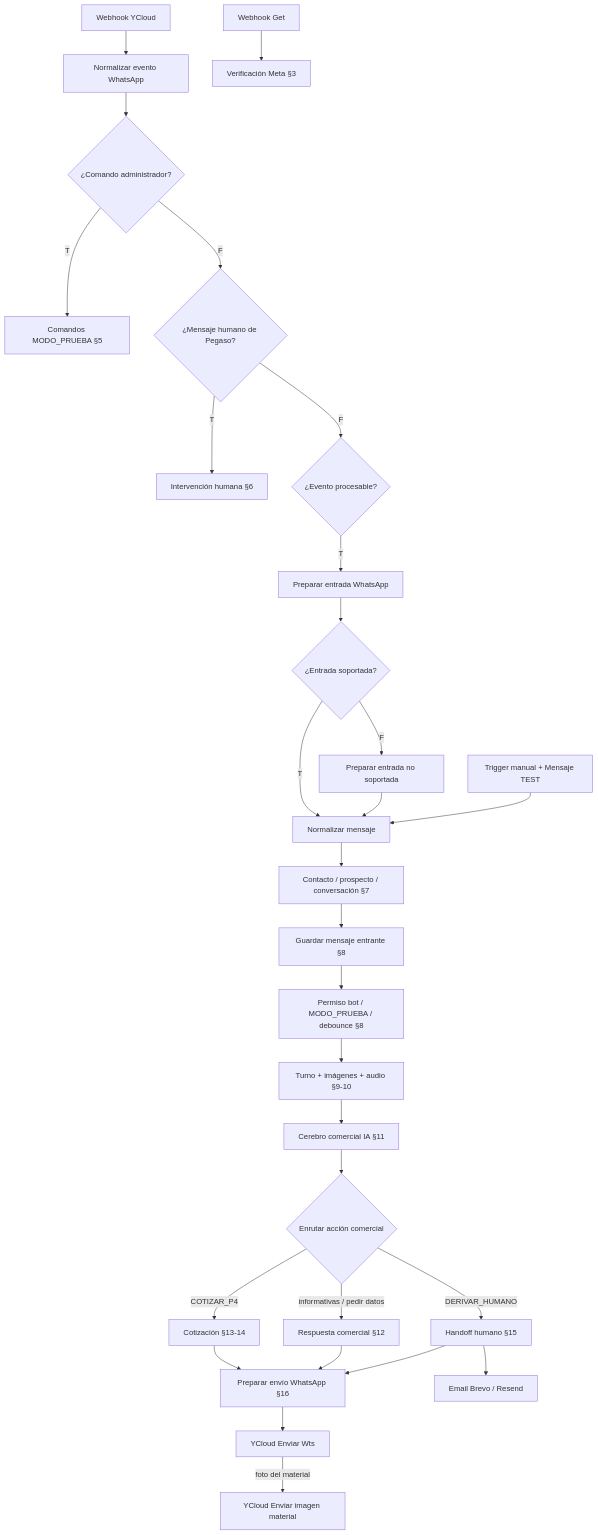
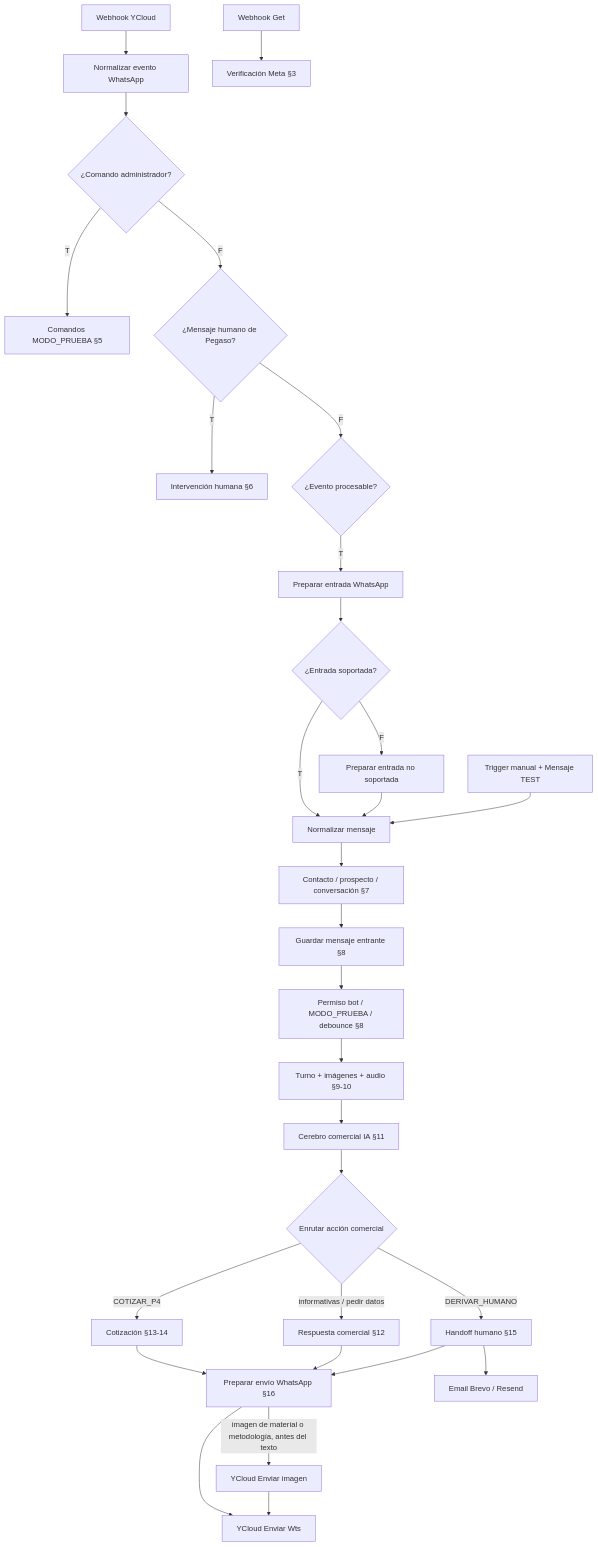
One commit to Theborycuas/pegaso-n8n changed the first of 15 diagrams in docs/FLUJO-WORKFLOW-PEGASO.md. Above: the diagram before and after it, drawn with Mermaid. The commit also changed other lines of this file and 8 other files, not shown here.

````diff
--- a/docs/FLUJO-WORKFLOW-PEGASO.md
+++ b/docs/FLUJO-WORKFLOW-PEGASO.md
@@ -50,30 +50,30 @@
 ```mermaid
 flowchart TD
     YC[Webhook YCloud] --> NEV[Normalizar evento WhatsApp]
     NEV --> CMD{¿Comando administrador?}
     CMD -->|T| ADM[Comandos MODO_PRUEBA §5]
     CMD -->|F| HUM{¿Mensaje humano de Pegaso?}
     HUM -->|T| INT[Intervención humana §6]
     HUM -->|F| PROC{¿Evento procesable?}
     PROC -->|T| ENT[Preparar entrada WhatsApp]
     ENT --> SOP{¿Entrada soportada?}
     SOP -->|T| NM[Normalizar mensaje]
     SOP -->|F| NS[Preparar entrada no soportada] --> NM
     TEST[Trigger manual + Mensaje TEST] --> NM
     NM --> CPC[Contacto / prospecto / conversación §7]
     CPC --> GME[Guardar mensaje entrante §8]
     GME --> PERM[Permiso bot / MODO_PRUEBA / debounce §8]
     PERM --> TURNO[Turno + imágenes + audio §9-10]
     TURNO --> CER[Cerebro comercial IA §11]
     CER --> SW{Enrutar acción comercial}
     SW -->|COTIZAR_P4| COT[Cotización §13-14]
     SW -->|informativas / pedir datos| RESP[Respuesta comercial §12]
     SW -->|DERIVAR_HUMANO| HO[Handoff humano §15]
     COT --> OUT[Preparar envío WhatsApp §16]
     RESP --> OUT
     HO --> OUT
     HO --> MAIL[Email Brevo / Resend]
     OUT --> YCS[YCloud Enviar Wts]
-    YCS -->|foto del material| YCI[YCloud Enviar imagen material]
+    OUT -->|imagen de material o metodología, antes del texto| YCI[YCloud Enviar imagen] --> YCS
     MG[Webhook Get] --> VM[Verificación Meta §3]
 ```
````
